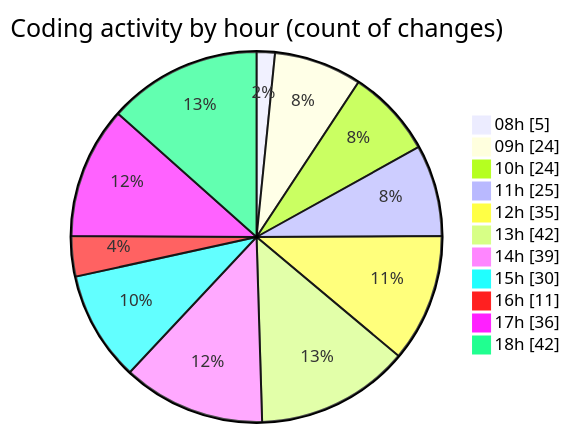
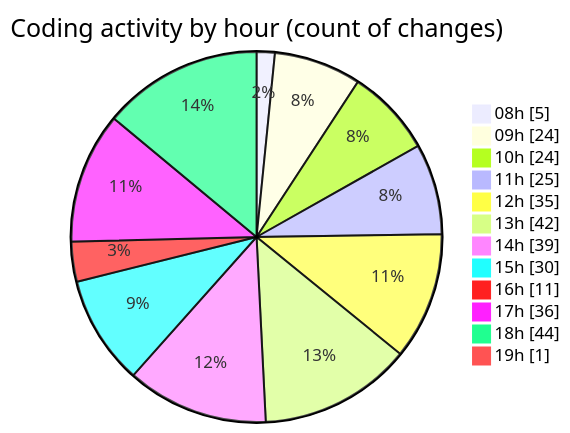
The second of 2 diagrams in 2025-11-24/cda/README.md (momahboobian/code-tracking), drawn with Mermaid before and after one commit. The commit also changed other lines of this file and 1 other file, not shown here.

````diff
--- a/2025-11-24/cda/README.md
+++ b/2025-11-24/cda/README.md
@@ -48,15 +48,16 @@
 ```mermaid
 pie showData
 title Coding activity by hour (count of changes)
 "08h" : 5
 "09h" : 24
 "10h" : 24
 "11h" : 25
 "12h" : 35
 "13h" : 42
 "14h" : 39
 "15h" : 30
 "16h" : 11
 "17h" : 36
-"18h" : 42
+"18h" : 44
+"19h" : 1
 ```
````
